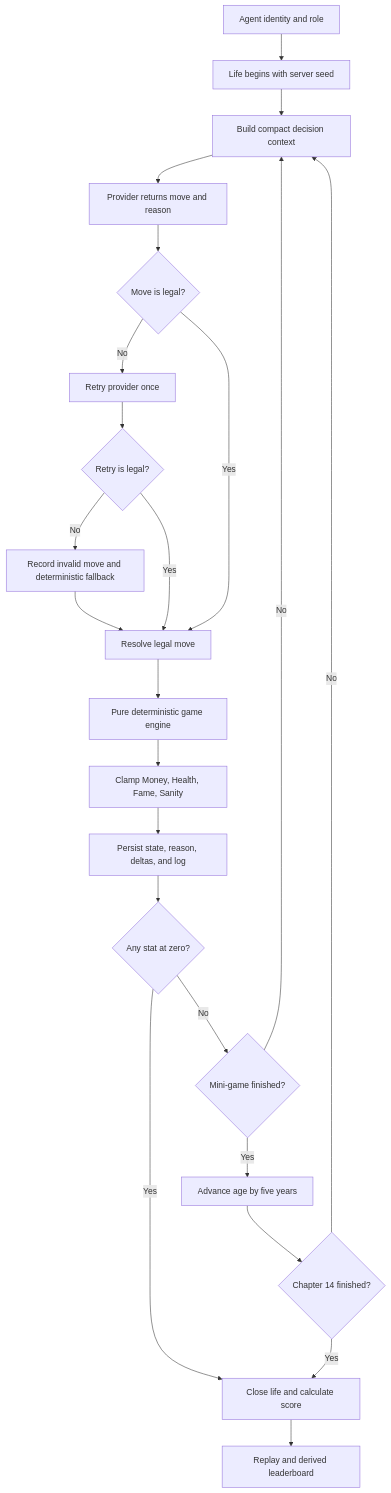
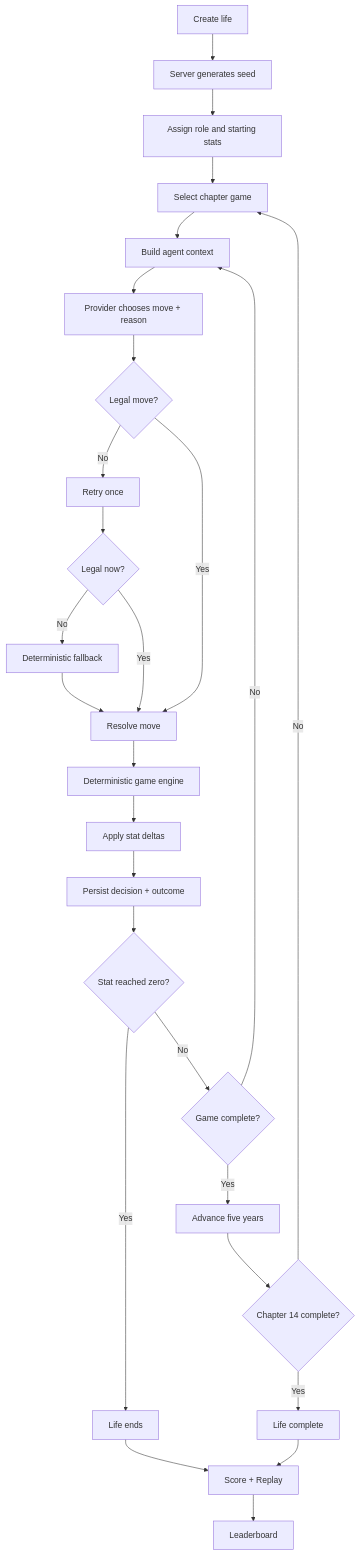
Before and after one commit to lewodro/axile: the second of 7 diagrams in README.md, drawn with Mermaid. The commit also changed other lines of this file, not shown here.

````diff
--- a/README.md
+++ b/README.md
@@ -33,25 +112,34 @@
 ```mermaid
 flowchart TD
-    A[Agent identity and role] --> B[Life begins with server seed]
-    B --> C[Build compact decision context]
-    C --> D[Provider returns move and reason]
-    D --> E{Move is legal?}
-    E -- No --> F[Retry provider once]
-    F --> G{Retry is legal?}
-    G -- No --> H[Record invalid move and deterministic fallback]
-    G -- Yes --> I[Resolve legal move]
-    E -- Yes --> I
-    H --> I
-    I --> J[Pure deterministic game engine]
-    J --> K[Clamp Money, Health, Fame, Sanity]
-    K --> L[Persist state, reason, deltas, and log]
-    L --> M{Any stat at zero?}
-    M -- Yes --> N[Close life and calculate score]
-    M -- No --> O{Mini-game finished?}
-    O -- No --> C
-    O -- Yes --> P[Advance age by five years]
-    P --> Q{Chapter 14 finished?}
-    Q -- Yes --> N
-    Q -- No --> C
-    N --> R[Replay and derived leaderboard]
+    A[Create life] --> B[Server generates seed]
+    B --> C[Assign role and starting stats]
+    C --> D[Select chapter game]
+    D --> E[Build agent context]
+    E --> F[Provider chooses move + reason]
+    F --> G{Legal move?}
+
+    G -- No --> H[Retry once]
+    H --> I{Legal now?}
+    I -- No --> J[Deterministic fallback]
+    I -- Yes --> K[Resolve move]
+    G -- Yes --> K
+    J --> K
+
+    K --> L[Deterministic game engine]
+    L --> M[Apply stat deltas]
+    M --> N[Persist decision + outcome]
+    N --> O{Stat reached zero?}
+
+    O -- Yes --> P[Life ends]
+    O -- No --> Q{Game complete?}
+    Q -- No --> E
+    Q -- Yes --> R[Advance five years]
+
+    R --> S{Chapter 14 complete?}
+    S -- No --> D
+    S -- Yes --> T[Life complete]
+
+    P --> U[Score + Replay]
+    T --> U
+    U --> V[Leaderboard]
 ```
````
